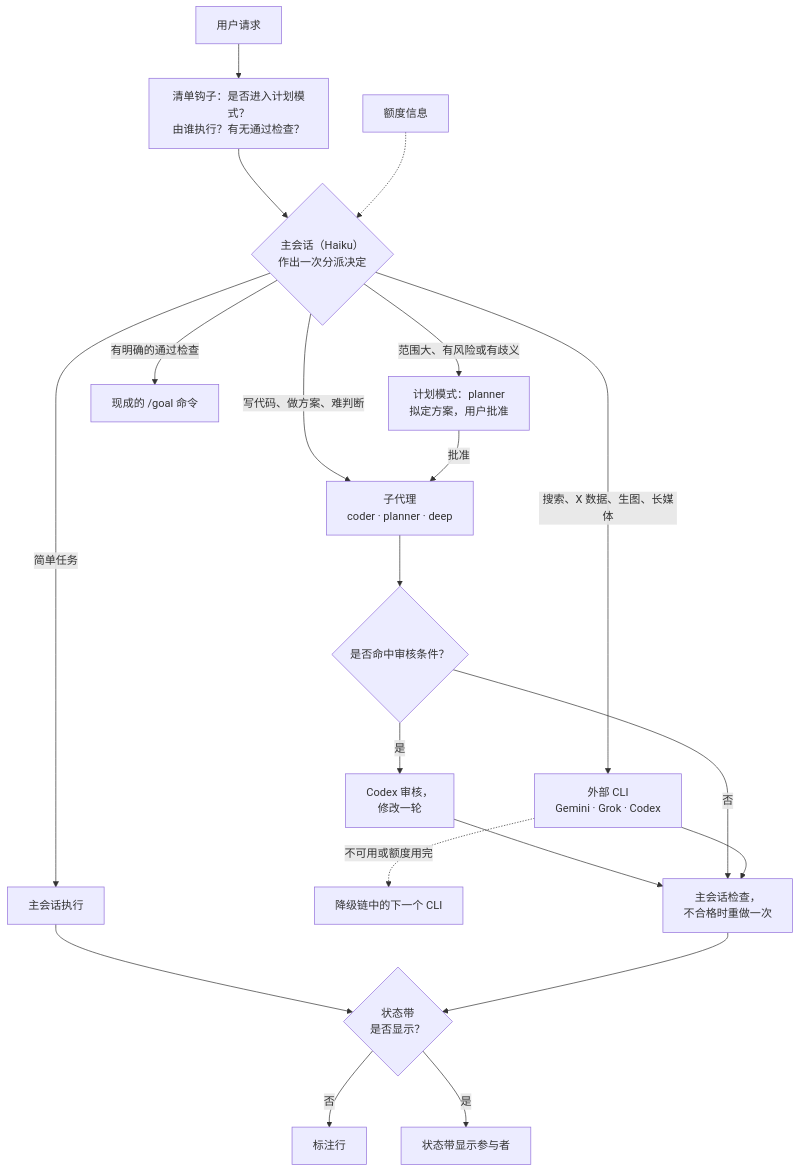
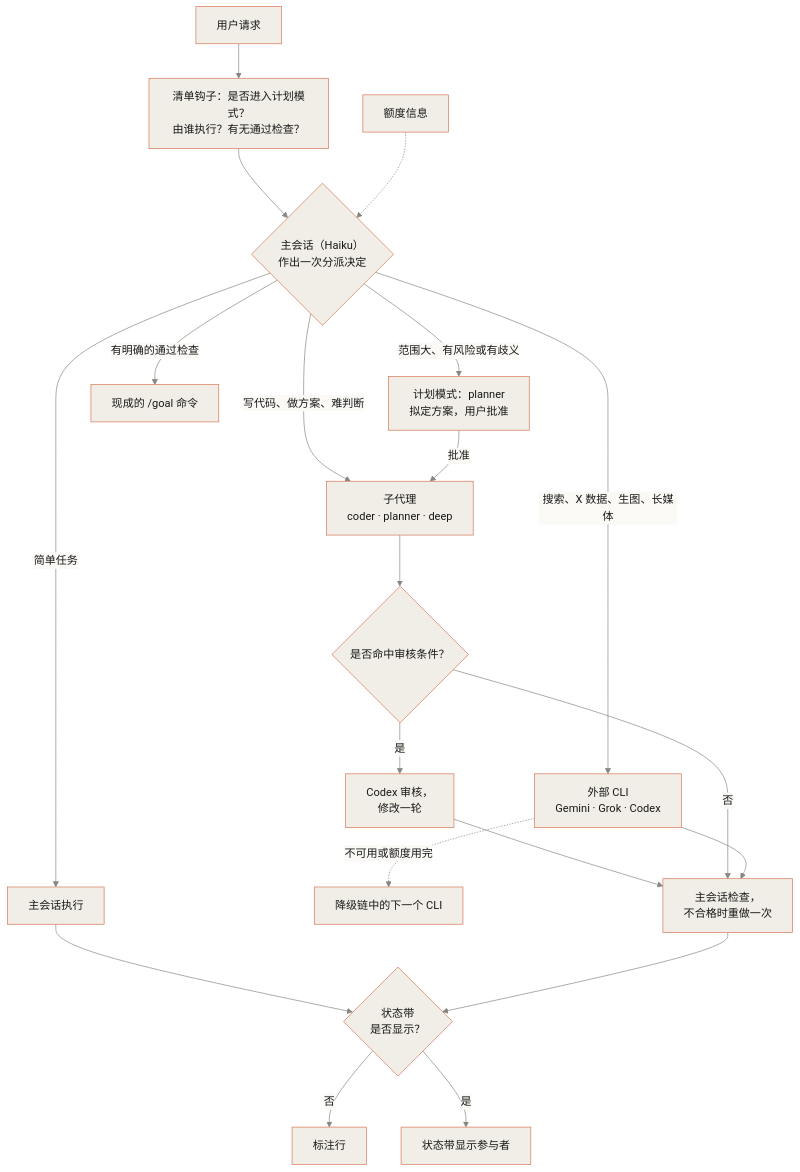
Before and after one commit to Brulek/claude-router: the diagram in README.zh-CN.md, drawn with Mermaid. The commit also changed other lines of this file and 6 other files, not shown here.

````diff
--- a/README.zh-CN.md
+++ b/README.zh-CN.md
@@ -20,37 +38,38 @@
 ```mermaid
+%%{init: {"theme": "base", "themeVariables": {"background": "#FAF9F5", "primaryColor": "#F0EEE6", "primaryTextColor": "#191919", "primaryBorderColor": "#D77757", "lineColor": "#87867F", "secondaryColor": "#FAF9F5", "tertiaryColor": "#FAF9F5", "edgeLabelBackground": "#FAF9F5", "textColor": "#191919"}}}%%
 flowchart TD
     IN["用户请求"]
     HOOK["清单钩子：是否进入计划模式？<br/>由谁执行？有无通过检查？"]
     QUOTA["额度信息"]
     TRIAGE{"主会话（Haiku）<br/>作出一次分派决定"}
     PLAN["计划模式：planner<br/>拟定方案，用户批准"]
     GOAL["现成的 /goal 命令"]
     SELF["主会话执行"]
     SUB["子代理<br/>coder · planner · deep"]
     CLI["外部 CLI<br/>Gemini · Grok · Codex"]
     NEXT["降级链中的下一个 CLI"]
     REV{"是否命中审核条件？"}
     CODEX["Codex 审核，<br/>修改一轮"]
     CHECK["主会话检查，<br/>不合格时重做一次"]
     BAND{"状态带<br/>是否显示？"}
     LABEL["标注行"]
     SHOWN["状态带显示参与者"]
 
     IN --> HOOK --> TRIAGE
     QUOTA -.-> TRIAGE
     TRIAGE -->|"范围大、有风险或有歧义"| PLAN
     TRIAGE -->|"有明确的通过检查"| GOAL
     TRIAGE -->|"简单任务"| SELF
     TRIAGE -->|"写代码、做方案、难判断"| SUB
     TRIAGE -->|"搜索、X 数据、生图、长媒体"| CLI
     PLAN -->|"批准"| SUB
     CLI -.->|"不可用或额度用完"| NEXT
     SUB --> REV
     REV -->|"是"| CODEX --> CHECK
     REV -->|"否"| CHECK
     CLI --> CHECK
     SELF --> BAND
     CHECK --> BAND
     BAND -->|"否"| LABEL
     BAND -->|"是"| SHOWN
 ```
````
